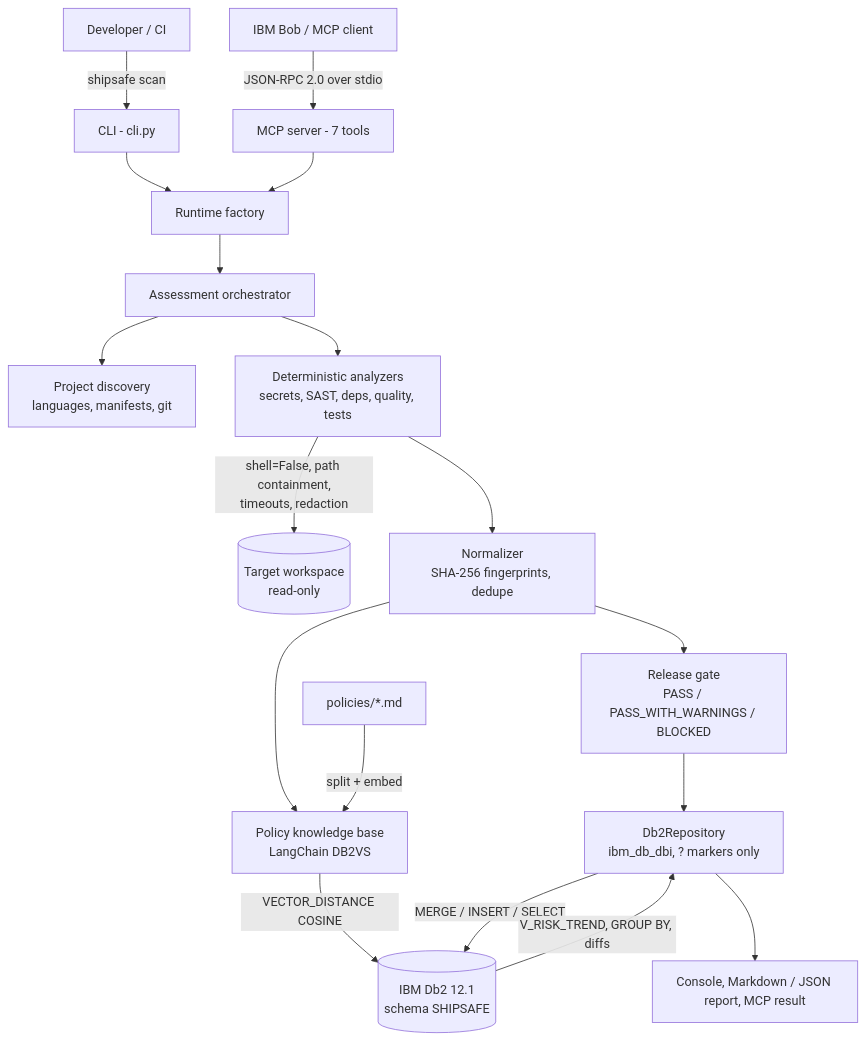
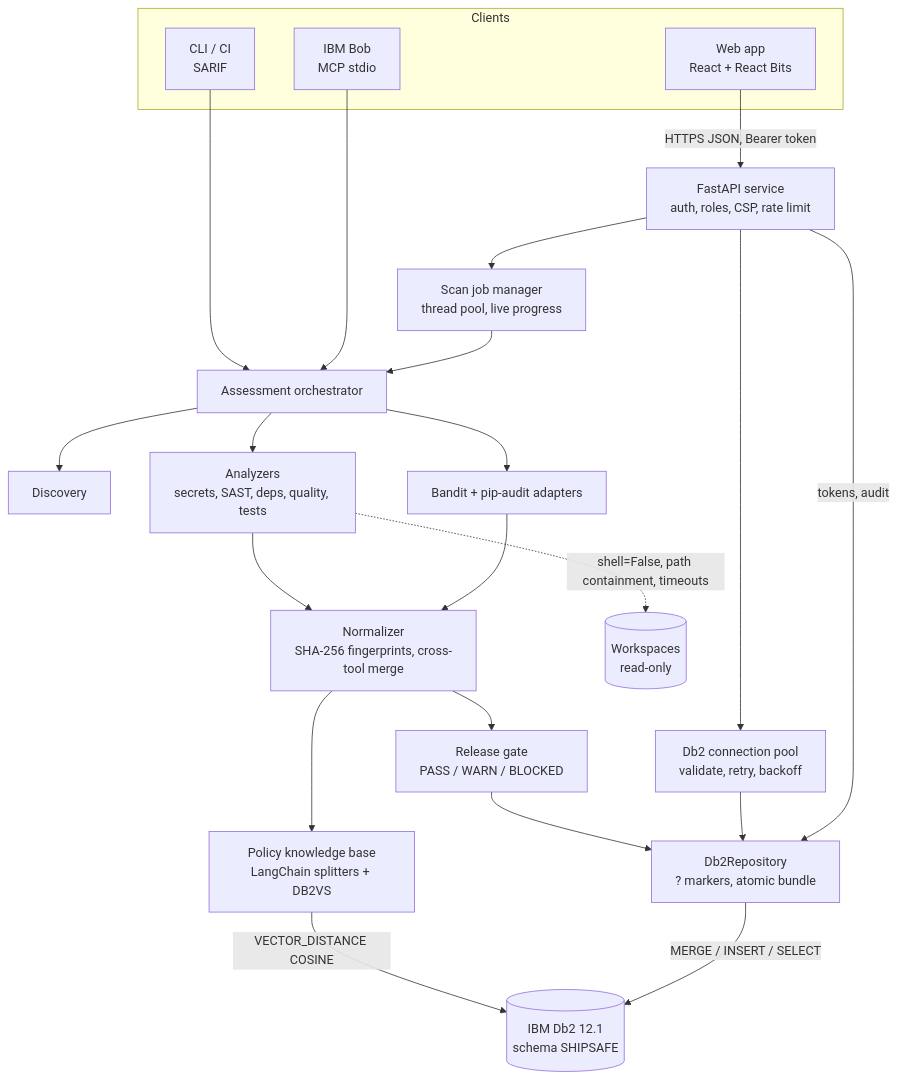
One commit to KunalGolaIBM/IBM_Db2_TechX_Project_Submission changed the diagram in submissions/shipsafe-ai/architecture.md. Above: the diagram before and after it, drawn with Mermaid. The commit also changed other lines of this file and 68 other files, not shown here.

First line of the commit message:
feat(shipsafe-ai): web app, Docker packaging and production hardening

````diff
--- a/submissions/shipsafe-ai/architecture.md
+++ b/submissions/shipsafe-ai/architecture.md
@@ -10,20 +15,27 @@
 ```mermaid
 graph TD
-    Dev[Developer / CI] -->|shipsafe scan| CLI[CLI - cli.py]
-    IDE[IBM Bob / MCP client] -->|JSON-RPC 2.0 over stdio| MCP[MCP server - 7 tools]
-    CLI --> RT[Runtime factory]
-    MCP --> RT
-    RT --> ORCH[Assessment orchestrator]
-    ORCH --> DISC[Project discovery<br/>languages, manifests, git]
-    ORCH --> SCAN[Deterministic analyzers<br/>secrets, SAST, deps, quality, tests]
-    SCAN -->|shell=False, path containment,<br/>timeouts, redaction| WS[(Target workspace<br/>read-only)]
-    SCAN --> NORM[Normalizer<br/>SHA-256 fingerprints, dedupe]
-    NORM --> GATE[Release gate<br/>PASS / PASS_WITH_WARNINGS / BLOCKED]
-    NORM --> KB[Policy knowledge base<br/>LangChain DB2VS]
-    KB -->|VECTOR_DISTANCE COSINE| DB2[(IBM Db2 12.1<br/>schema SHIPSAFE)]
-    GATE --> REPO[Db2Repository<br/>ibm_db_dbi, ? markers only]
-    REPO -->|MERGE / INSERT / SELECT| DB2
-    POL[policies/*.md] -->|split + embed| KB
-    DB2 -->|V_RISK_TREND, GROUP BY, diffs| REPO
-    REPO --> OUT[Console, Markdown / JSON report, MCP result]
+    subgraph Clients
+      UI[Web app<br/>React + React Bits]
+      CLI[CLI / CI<br/>SARIF]
+      IDE[IBM Bob<br/>MCP stdio]
+    end
+    UI -->|HTTPS JSON, Bearer token| API[FastAPI service<br/>auth, roles, CSP, rate limit]
+    API --> JOBS[Scan job manager<br/>thread pool, live progress]
+    API --> POOL[Db2 connection pool<br/>validate, retry, backoff]
+    CLI --> ORCH
+    IDE --> ORCH
+    JOBS --> ORCH[Assessment orchestrator]
+    ORCH --> DISC[Discovery]
+    ORCH --> SCAN[Analyzers<br/>secrets, SAST, deps, quality, tests]
+    ORCH --> EXT[Bandit + pip-audit adapters]
+    SCAN --> NORM[Normalizer<br/>SHA-256 fingerprints, cross-tool merge]
+    EXT --> NORM
+    NORM --> GATE[Release gate<br/>PASS / WARN / BLOCKED]
+    NORM --> KB[Policy knowledge base<br/>LangChain splitters + DB2VS]
+    KB -->|VECTOR_DISTANCE COSINE| DB2
+    GATE --> REPO[Db2Repository<br/>? markers, atomic bundle]
+    POOL --> REPO
+    REPO -->|MERGE / INSERT / SELECT| DB2[(IBM Db2 12.1<br/>schema SHIPSAFE)]
+    API -->|tokens, audit| REPO
+    SCAN -.->|shell=False, path containment, timeouts| WS[(Workspaces<br/>read-only)]
 ```
````
